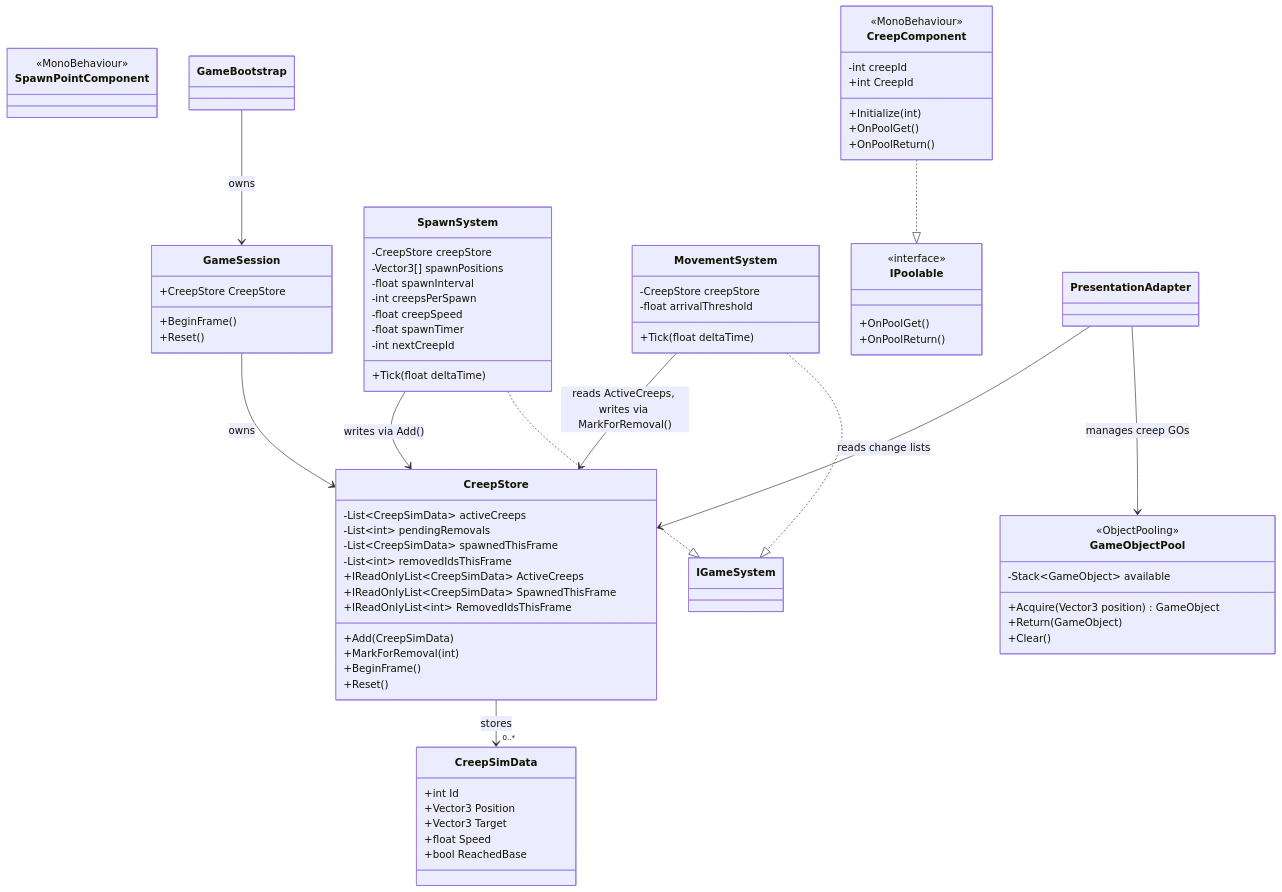
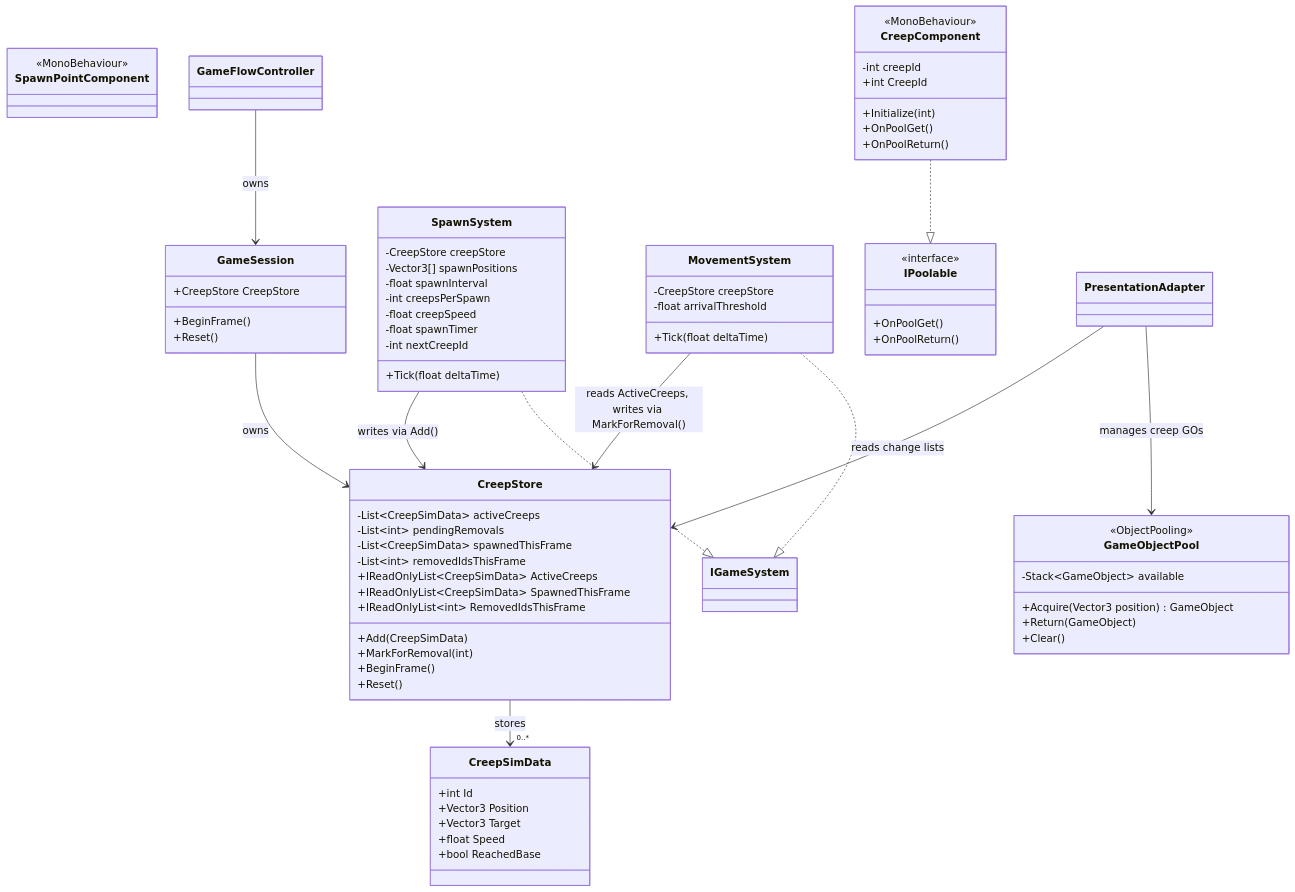
One commit to Number10Ox/MorlocsTowerDefense changed the sixth of 13 diagrams in Docs/Architecture-Diagrams.md. Above: the diagram before and after it, drawn with Mermaid. The commit also changed other lines of this file and 140 other files, not shown here.

First line of the commit message:
Refactor: extract GameUiCoordinator, rename to GameFlowController, restructure folders

````diff
--- a/Docs/Architecture-Diagrams.md
+++ b/Docs/Architecture-Diagrams.md
@@ -477,5 +488,5 @@
     CreepComponent ..|> IPoolable
     PresentationAdapter --> CreepStore : reads change lists
     PresentationAdapter --> GameObjectPool : manages creep GOs
-    GameBootstrap --> GameSession : owns
+    GameFlowController --> GameSession : owns
 ```
````
